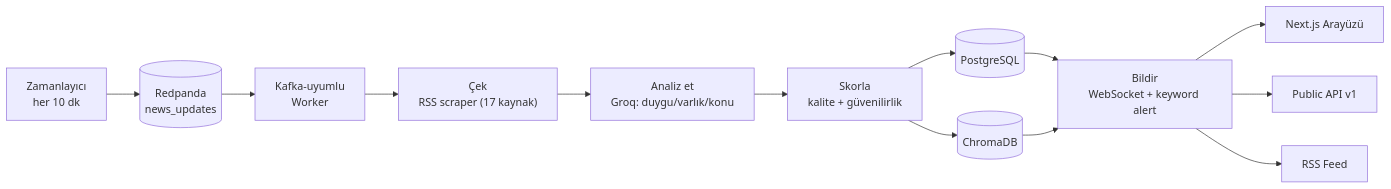
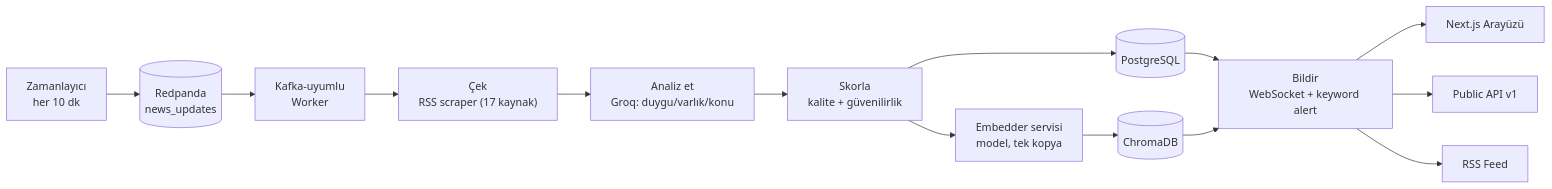
Before and after one commit to MaviMakumba/NexStream-News-Engine: the fourth of 4 diagrams in README.md, drawn with Mermaid. The commit also changed other lines of this file and 1 other file, not shown here.

First line of the commit message:
docs: embedder servisi + v2.0 RAM optimizasyonu dokumantasyonu

````diff
--- a/README.md
+++ b/README.md
@@ -504,15 +509,16 @@
 ```mermaid
 flowchart LR
     SCHED["Zamanlayıcı<br/>her 10 dk"] --> TOPIC[("Redpanda<br/>news_updates")]
     TOPIC --> WORKER["Kafka-uyumlu<br/>Worker"]
     WORKER --> FETCH["Çek<br/>RSS scraper (17 kaynak)"]
     FETCH --> ANALYZE["Analiz et<br/>Groq: duygu/varlık/konu"]
     ANALYZE --> SCORE["Skorla<br/>kalite + güvenilirlik"]
     SCORE --> DB[("PostgreSQL")]
-    SCORE --> VEC[("ChromaDB")]
+    SCORE --> EMB["Embedder servisi<br/>model, tek kopya"]
+    EMB --> VEC[("ChromaDB")]
     DB --> NOTIFY["Bildir<br/>WebSocket + keyword alert"]
     VEC --> NOTIFY
     NOTIFY --> FE["Next.js Arayüzü"]
     NOTIFY --> API1["Public API v1"]
     NOTIFY --> RSS["RSS Feed"]
 ```
````
